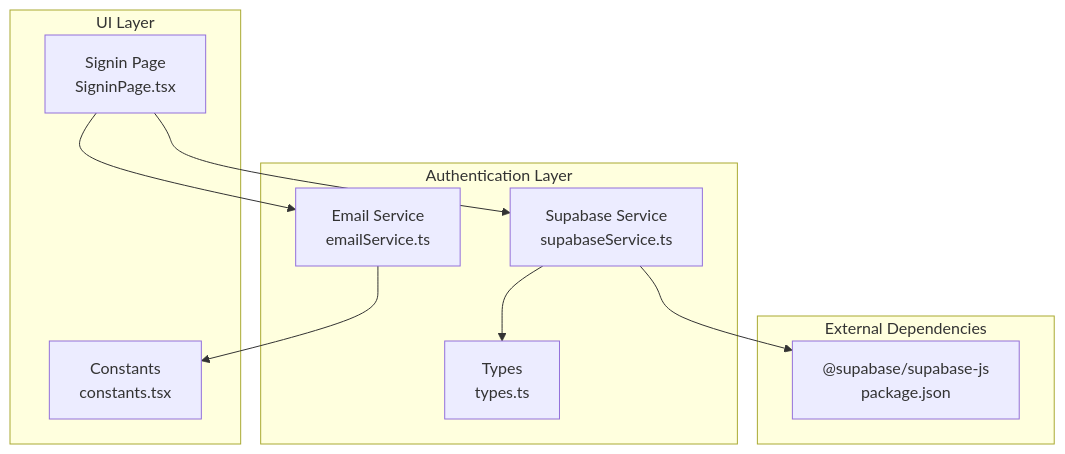
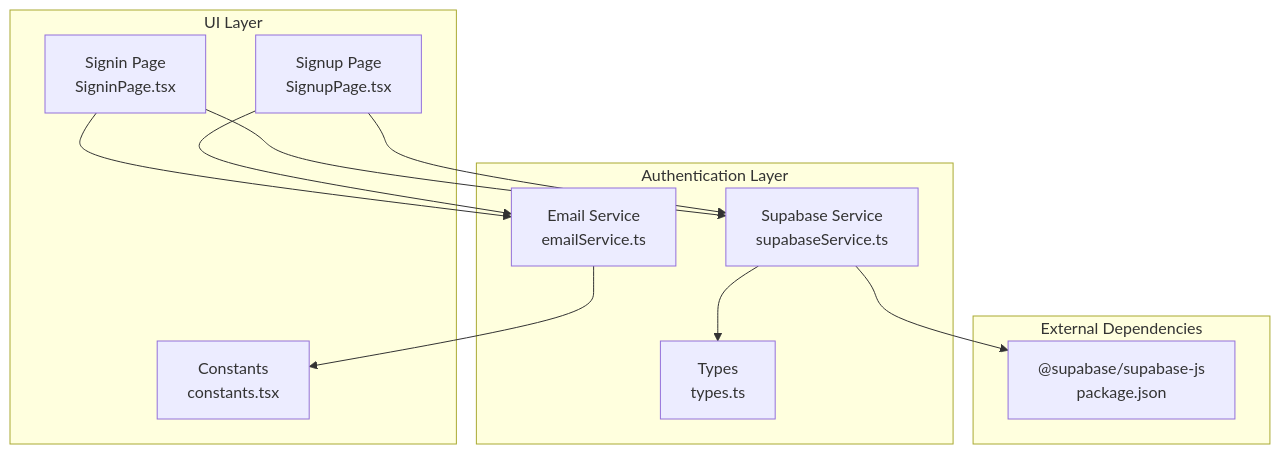
Before and after one commit to zpria/ACCOUND-ZPRIA: the first of 9 diagrams in .qoder/repowiki/en/content/Service Layer/Supabase Authentication Service.md, drawn with Mermaid. The commit also changed other lines of this file and 12 other files, not shown here.

````diff
--- a/.qoder/repowiki/en/content/Service Layer/Supabase Authentication Service.md
+++ b/.qoder/repowiki/en/content/Service Layer/Supabase Authentication Service.md
@@ -35,20 +48,23 @@
 ```mermaid
 graph TB
 subgraph "Authentication Layer"
 Svc["Supabase Service<br/>supabaseService.ts"]
 Types["Types<br/>types.ts"]
 Email["Email Service<br/>emailService.ts"]
 end
 subgraph "UI Layer"
 SignIn["Signin Page<br/>SigninPage.tsx"]
+SignUp["Signup Page<br/>SignupPage.tsx"]
 Consts["Constants<br/>constants.tsx"]
 end
 subgraph "External Dependencies"
 SupabaseJS["@supabase/supabase-js<br/>package.json"]
 end
 SignIn --> Svc
+SignUp --> Svc
 Svc --> SupabaseJS
 Svc --> Types
 SignIn --> Email
+SignUp --> Email
 Email --> Consts
 ```
````
